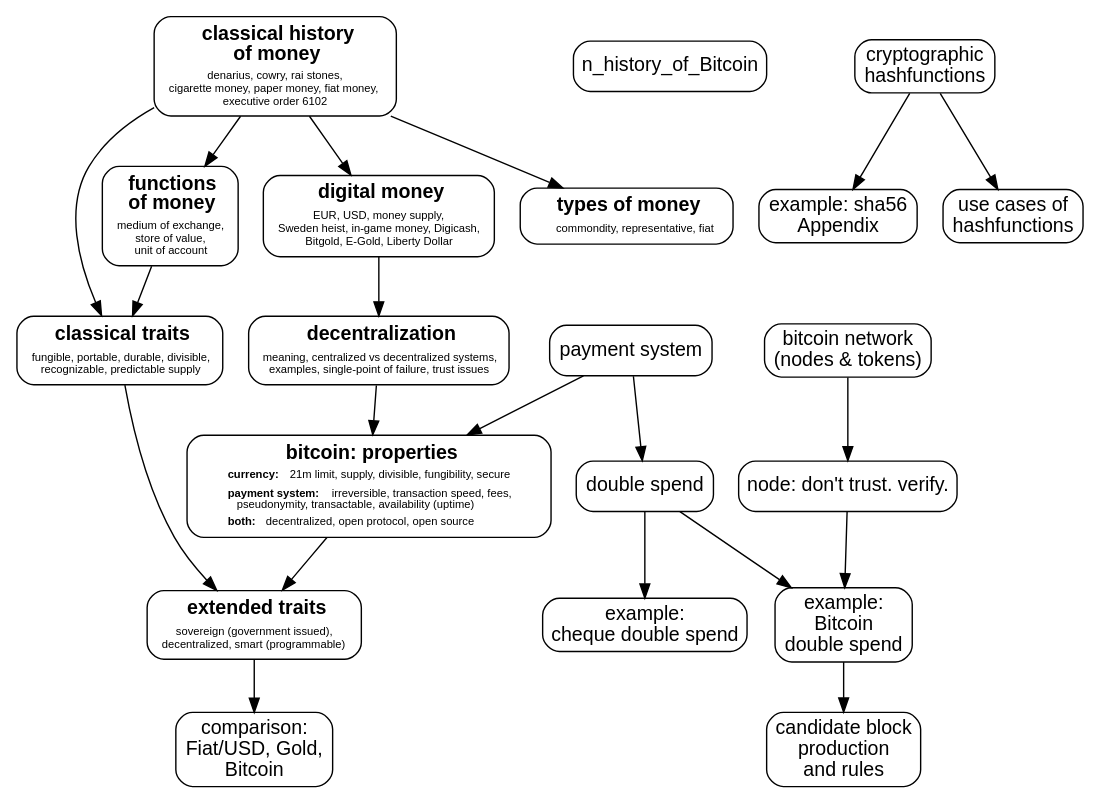
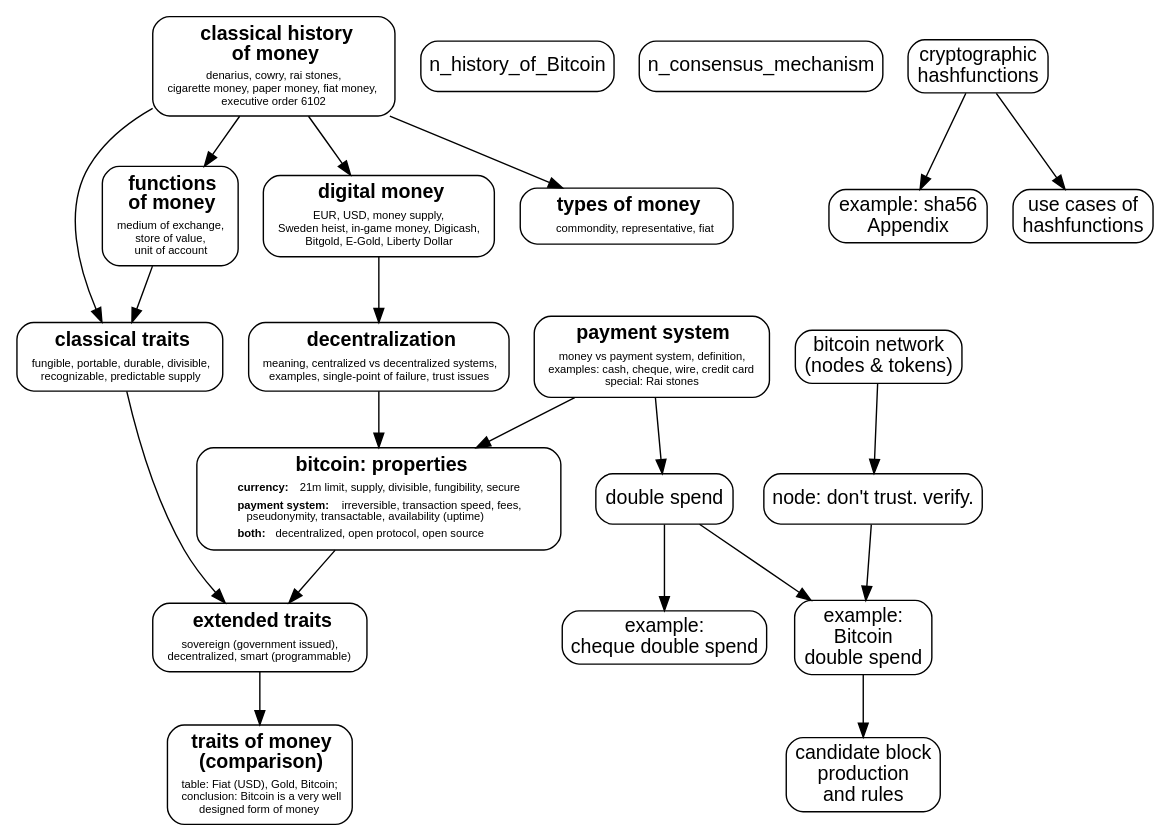
One commit to winterblues/topics_dependencies changed the diagram in book.gv. Above: the diagram before and after it, drawn with Graphviz.

Commit message:
Update book.gv
+ traits of money comparison,
+ payment system

```diff
--- a/book.gv
+++ b/book.gv
@@ -3,7 +3,9 @@
 	node [shape="box" style=rounded fontname=Arial fontype=bold];
 
 	// -- TEMPLATE FOR NODES
-    /*
+    /**
+	
+	// -- DESCRIPTION
     n_NAME [ label=<
     <table border="0" cellborder="0" cellspacing="0">
         <tr><td align="center"><b>TITLE<br/>TITLE2</b></td></tr>
@@ -12,6 +14,7 @@
 			TEXT<br/>
 			TEXT</font></td></tr>
     </table>>];
+	
 	*/
 
   
@@ -107,7 +110,26 @@
     </table>>];
     
     
-    
+	// Traits of Money (Comparison)
+    n_traits_comparison [ label=<
+    <table border="0" cellborder="0" cellspacing="0">
+        <tr><td align="center"><b>traits of money<br/>(comparison)</b></td></tr>
+        <tr><td align="center"><font point-size="8">
+			table: Fiat (USD), Gold, Bitcoin;<br/>
+			conclusion: Bitcoin is a very well<br/>
+			designed form of money</font></td></tr>
+    </table>>];
+	
+	
+	// -- Payment System
+    n_payment_system [ label=<
+    <table border="0" cellborder="0" cellspacing="0">
+        <tr><td align="center"><b>payment system</b></td></tr>
+        <tr><td align="center"><font point-size="8">
+			money vs payment system, definition,<br/>
+			examples: cash, cheque, wire, credit card<br/>
+			special: Rai stones</font></td></tr>
+    </table>>];
 	
 	
 	
@@ -116,6 +138,8 @@
 	
     
     n_history_of_Bitcoin
+	n_consensus_mechanism
+	
     
     # FIXME:   (stuff that comes to my mind)
     # * Ryan"s traits of money: he explains why he calls it traits instead of characteristics
@@ -126,10 +150,11 @@
                # without explaining where this is coming from
     # fIXME: based on the properties of mathematics rather than relying on physical properties (like gold and silver) or trust in central authorities (like fiat currencies)
 	  # FIXME: we should have a chart in the book showing the timeline  (digital money)
+	  # consensus mechanism: Rai stones   
 
-  a6   [label="comparison:\nFiat/USD, Gold,\nBitcoin"]
+  
 
-  n_payment_system   [label="payment system"]
+  
   a9   [label="double spend"]
   a10  [label="example:\ncheque double spend"]
   
@@ -156,7 +181,7 @@
   n_money_function -> n_money_traits 
   n_money_traits -> n_money_traits_ext
   n_bitcoin_properties -> n_money_traits_ext
-  n_money_traits_ext -> a6
+  n_money_traits_ext -> n_traits_comparison
   n_decentralization -> n_bitcoin_properties
   n_digital_money -> n_decentralization
   n_payment_system -> a9 -> a10
```
